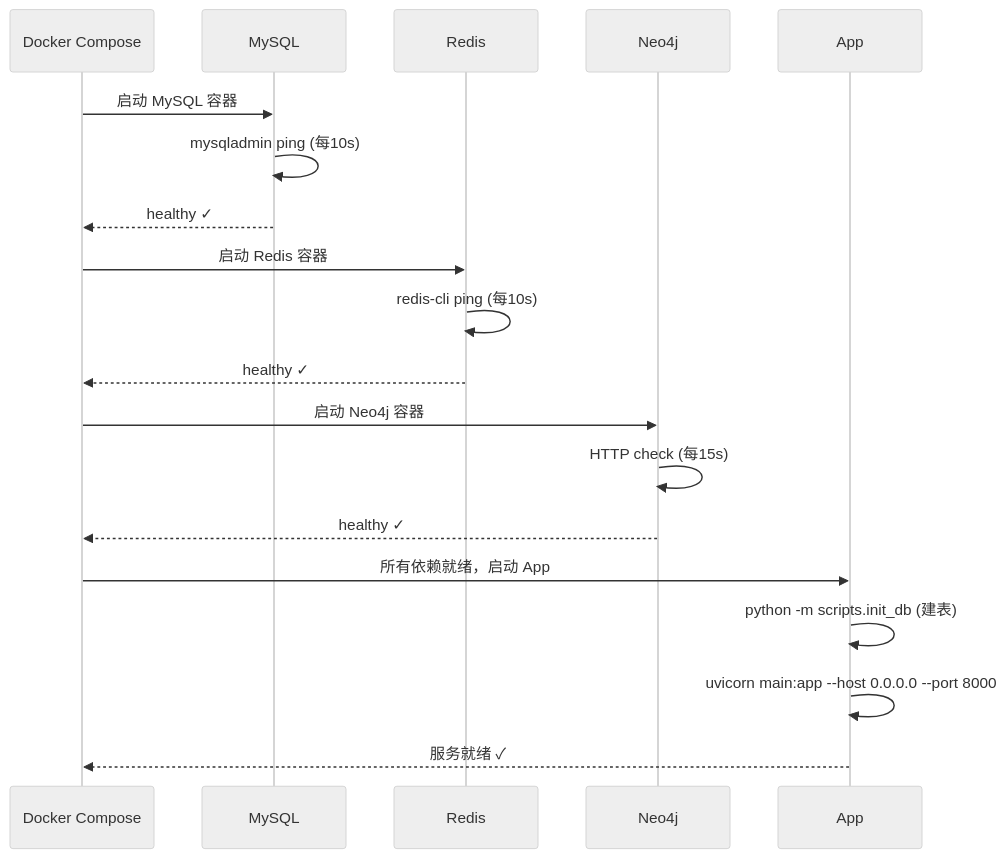
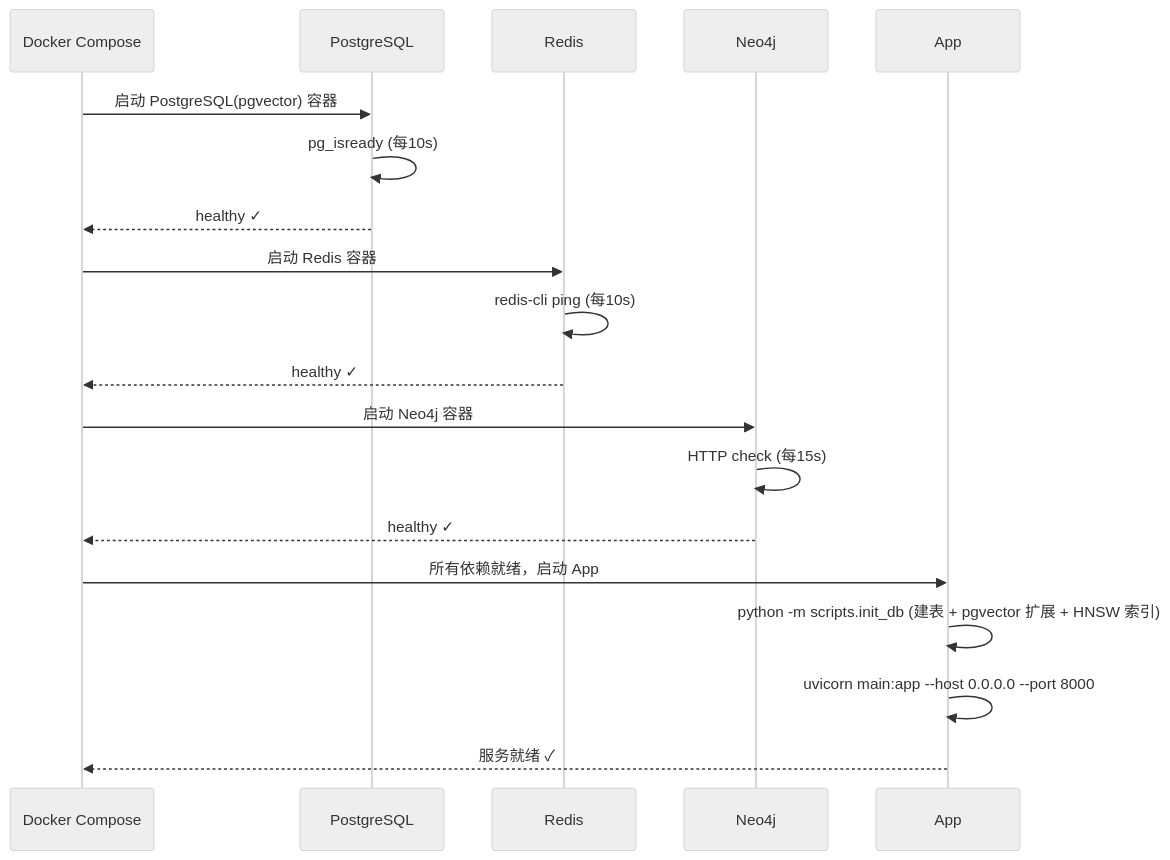
Before and after one commit to blowt16/SmartCS-Agent: diagram 11 of 11 in docs/PROJECT_ANALYSIS.md, drawn with Mermaid (neutral theme). The commit also changed other lines of this file and 97 other files, not shown here.

First line of the commit message:
[config] 技术选型迁移：MySQL→PostgreSQL + ChromaDB→pgvector，Docker 部署与 Redis 共存

````diff
--- a/docs/PROJECT_ANALYSIS.md
+++ b/docs/PROJECT_ANALYSIS.md
@@ -977,25 +977,25 @@
 ```mermaid
 sequenceDiagram
     participant DC as Docker Compose
-    participant M as MySQL
+    participant M as PostgreSQL
     participant R as Redis
     participant N as Neo4j
     participant A as App
 
-    DC->>M: 启动 MySQL 容器
-    M->>M: mysqladmin ping (每10s)
+    DC->>M: 启动 PostgreSQL(pgvector) 容器
+    M->>M: pg_isready (每10s)
     M-->>DC: healthy ✓
 
     DC->>R: 启动 Redis 容器
     R->>R: redis-cli ping (每10s)
     R-->>DC: healthy ✓
 
     DC->>N: 启动 Neo4j 容器
     N->>N: HTTP check (每15s)
     N-->>DC: healthy ✓
 
     DC->>A: 所有依赖就绪，启动 App
-    A->>A: python -m scripts.init_db (建表)
+    A->>A: python -m scripts.init_db (建表 + pgvector 扩展 + HNSW 索引)
     A->>A: uvicorn main:app --host 0.0.0.0 --port 8000
     A-->>DC: 服务就绪 ✓
 ```
````
